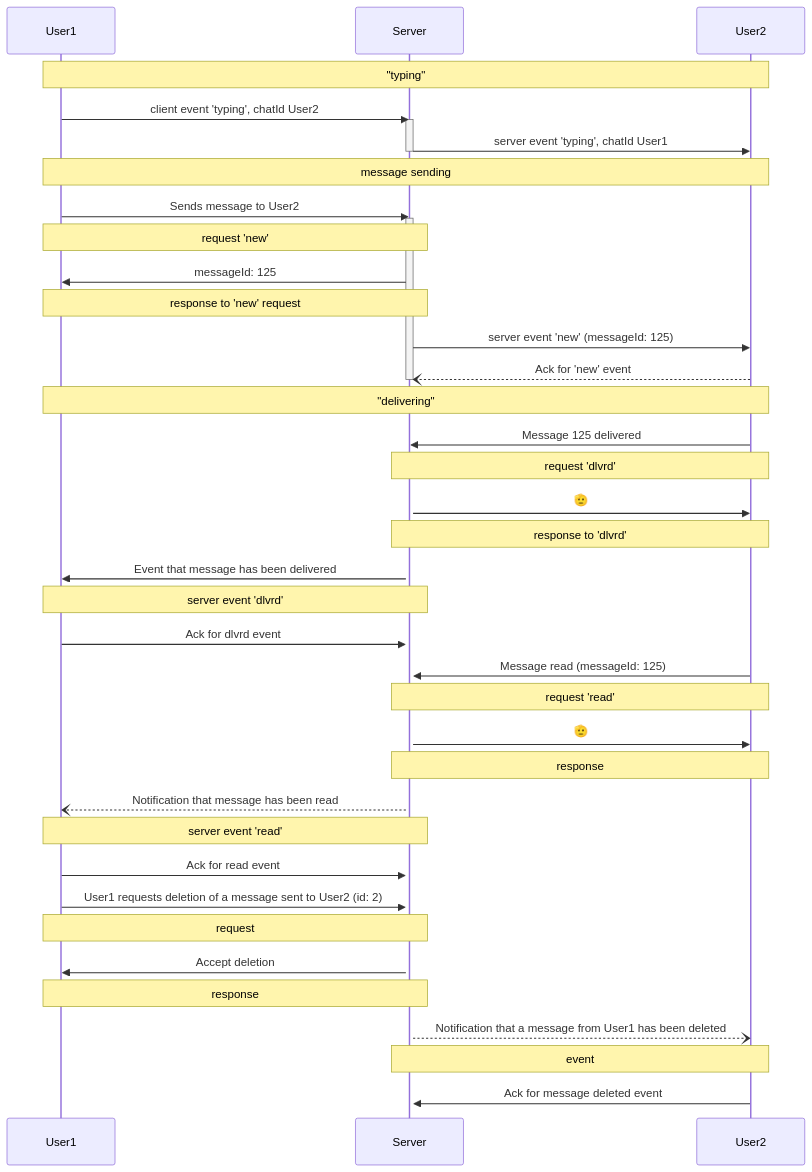
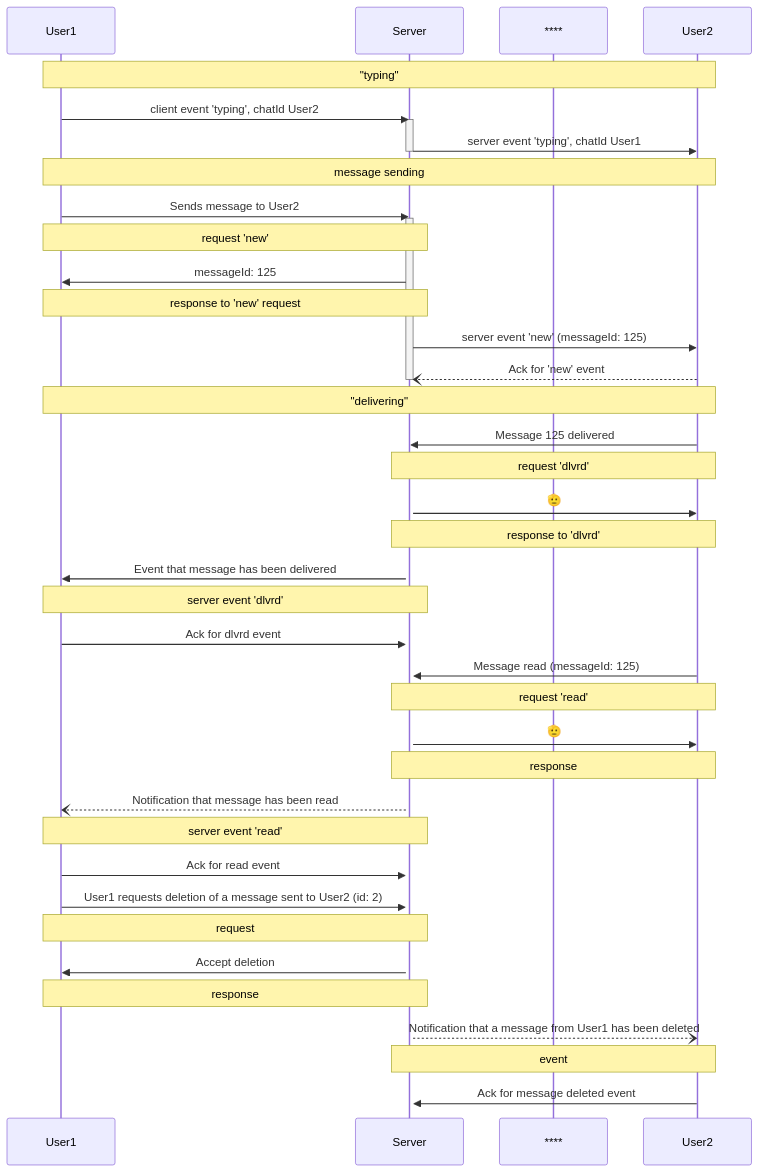
One commit to k2fintech-gmbh/docs changed the second of 2 diagrams in src/index.md. Above: the diagram before and after it, drawn with Mermaid. The commit also changed other lines of this file and 45 other files, not shown here.

````diff
--- a/src/index.md
+++ b/src/index.md
@@ -85,58 +82,58 @@
 ```mermaid
 sequenceDiagram
     participant User1
     participant Server
-    participant User2
+    participant ****
 
     
 
         
     Note over User1,User2: "typing"
     User1->>Server: client event 'typing', chatId User2
     activate Server
     
     Server->>User2: server event 'typing', chatId User1
     deactivate Server
 
     Note over User1,User2: message sending
     User1->>Server: Sends message to User2
     activate Server
     Note over User1,Server: request 'new'
     Server->>User1: messageId: 125
     Note over  Server,User1: response to 'new' request
     Server->>User2: server event 'new' (messageId: 125)
     User2--)Server: Ack for 'new' event
     deactivate Server
     Note over User1,User2: "delivering"
     
     User2->>Server: Message 125 delivered
     activate Server
     Note over  User2,Server: request 'dlvrd'
     Server->>User2: 🫡
     Note over  Server,User2: response to 'dlvrd'
     Server->>User1: Event that message has been delivered
     Note over  Server,User1: server event 'dlvrd'
     User1->>Server: Ack for dlvrd event
     
     
     User2->>Server: Message read (messageId: 125)
     Note over User2,Server: request 'read'
     Server->>User2: 🫡
     Note over  Server,User2: response
     
     Server--)User1: Notification that message has been read
     Note over  Server,User1: server event 'read'
     User1->>Server: Ack for read event
     
         
     User1->>Server: User1 requests deletion of a message sent to User2 (id: 2)
     Note over User1,Server: request
     
     Server->>User1: Accept deletion
     Note over Server,User1: response
     Server--)User2: Notification that a message from User1 has been deleted
     Note over  Server,User2: event
     User2->>Server: Ack for message deleted event
     
     
 ```
````
